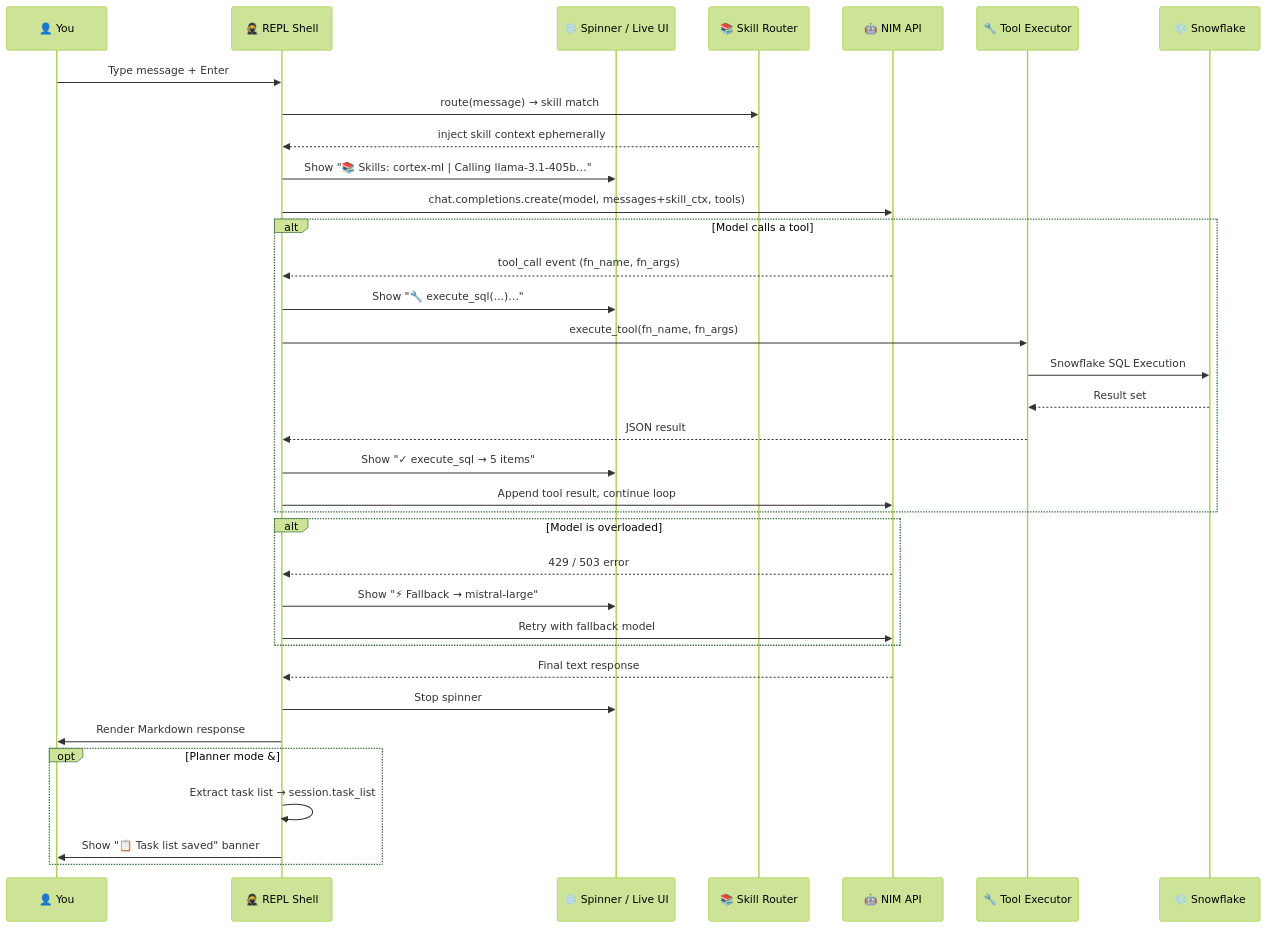
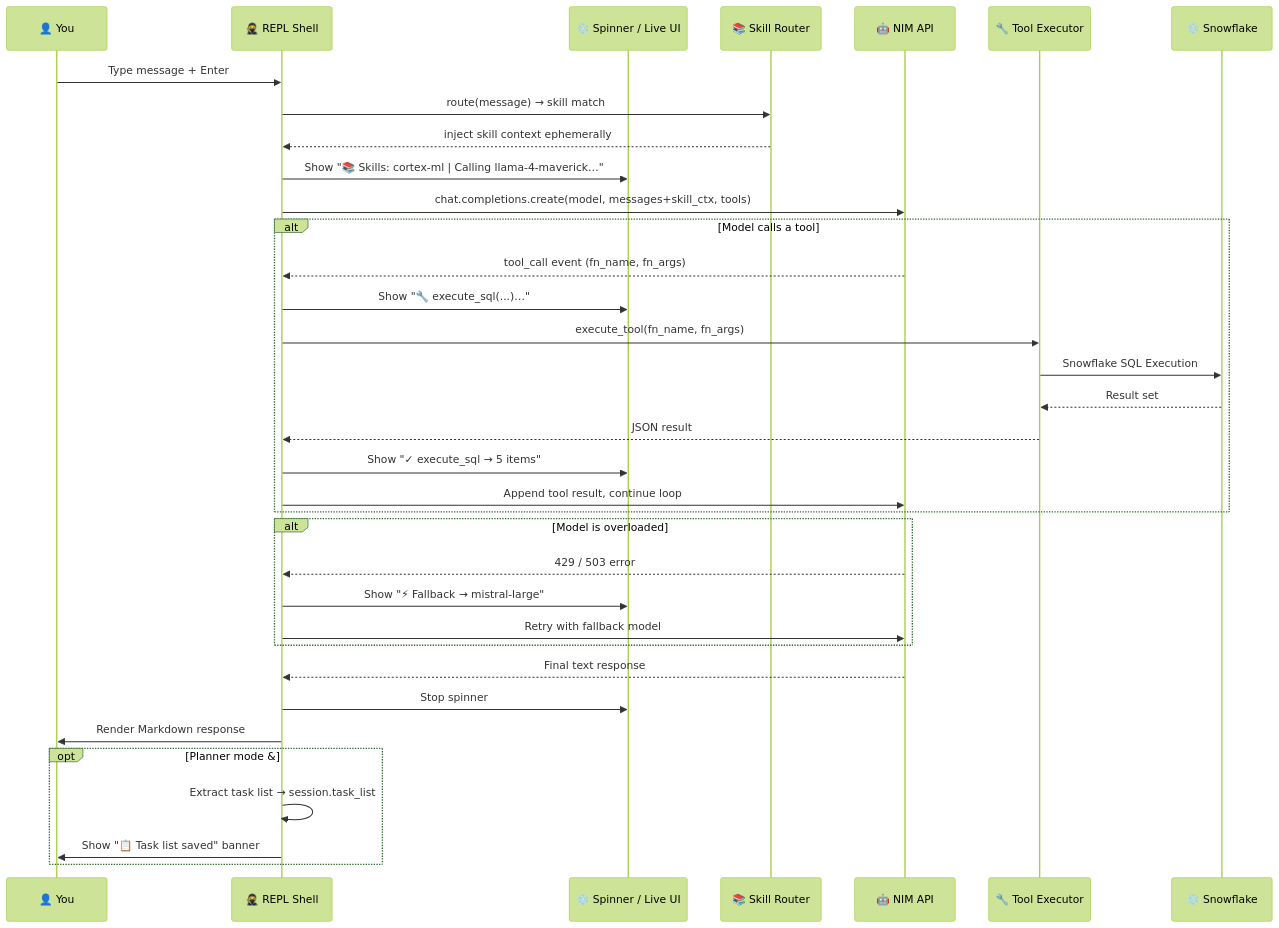
Before and after one commit to Jericho2010/TUI-snowNinja-cli: the third of 5 diagrams in docs/ARCHITECTURE.md, drawn with Mermaid (forest theme). The commit also changed other lines of this file and 4 other files, not shown here.

````diff
--- a/docs/ARCHITECTURE.md
+++ b/docs/ARCHITECTURE.md
@@ -108,42 +108,42 @@
 ```mermaid
 sequenceDiagram
     participant U as 👤 You
     participant R as 🥷 REPL Shell
     participant S as ❄️ Spinner / Live UI
     participant SK as 📚 Skill Router
     participant N as 🤖 NIM API
     participant T as 🔧 Tool Executor
     participant D as ❄️ Snowflake
 
     U->>R: Type message + Enter
     R->>SK: route(message) → skill match
     SK-->>R: inject skill context ephemerally
-    R->>S: Show "📚 Skills: cortex-ml | Calling llama-3.1-405b…"
+    R->>S: Show "📚 Skills: cortex-ml | Calling llama-4-maverick…"
     R->>N: chat.completions.create(model, messages+skill_ctx, tools)
 
     alt Model calls a tool
         N-->>R: tool_call event (fn_name, fn_args)
         R->>S: Show "🔧 execute_sql(...)…"
         R->>T: execute_tool(fn_name, fn_args)
         T->>D: Snowflake SQL Execution
         D-->>T: Result set
         T-->>R: JSON result
         R->>S: Show "✓ execute_sql → 5 items"
         R->>N: Append tool result, continue loop
     end
 
     alt Model is overloaded
         N-->>R: 429 / 503 error
         R->>S: Show "⚡ Fallback → mistral-large"
         R->>N: Retry with fallback model
     end
 
     N-->>R: Final text response
     R->>S: Stop spinner
     R->>U: Render Markdown response
 
     opt Planner mode & ## Task List detected
         R->>R: Extract task list → session.task_list
         R->>U: Show "📋 Task list saved" banner
     end
 ```
````
